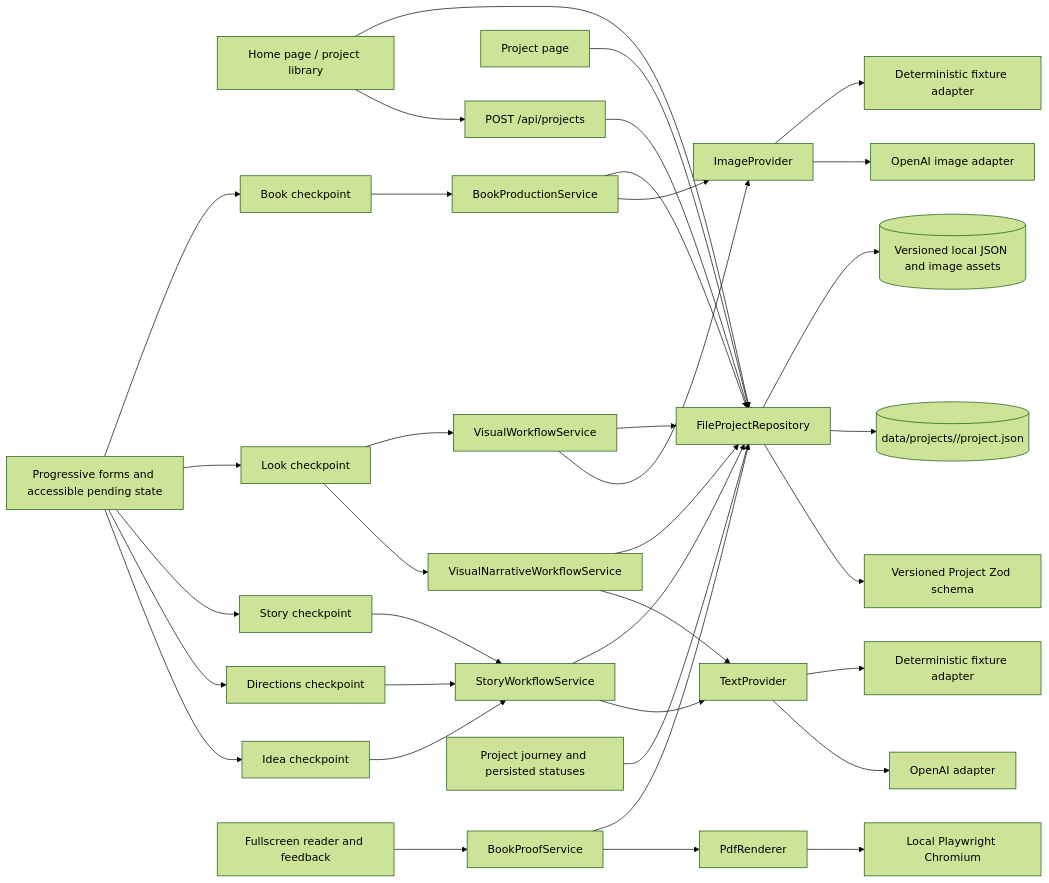
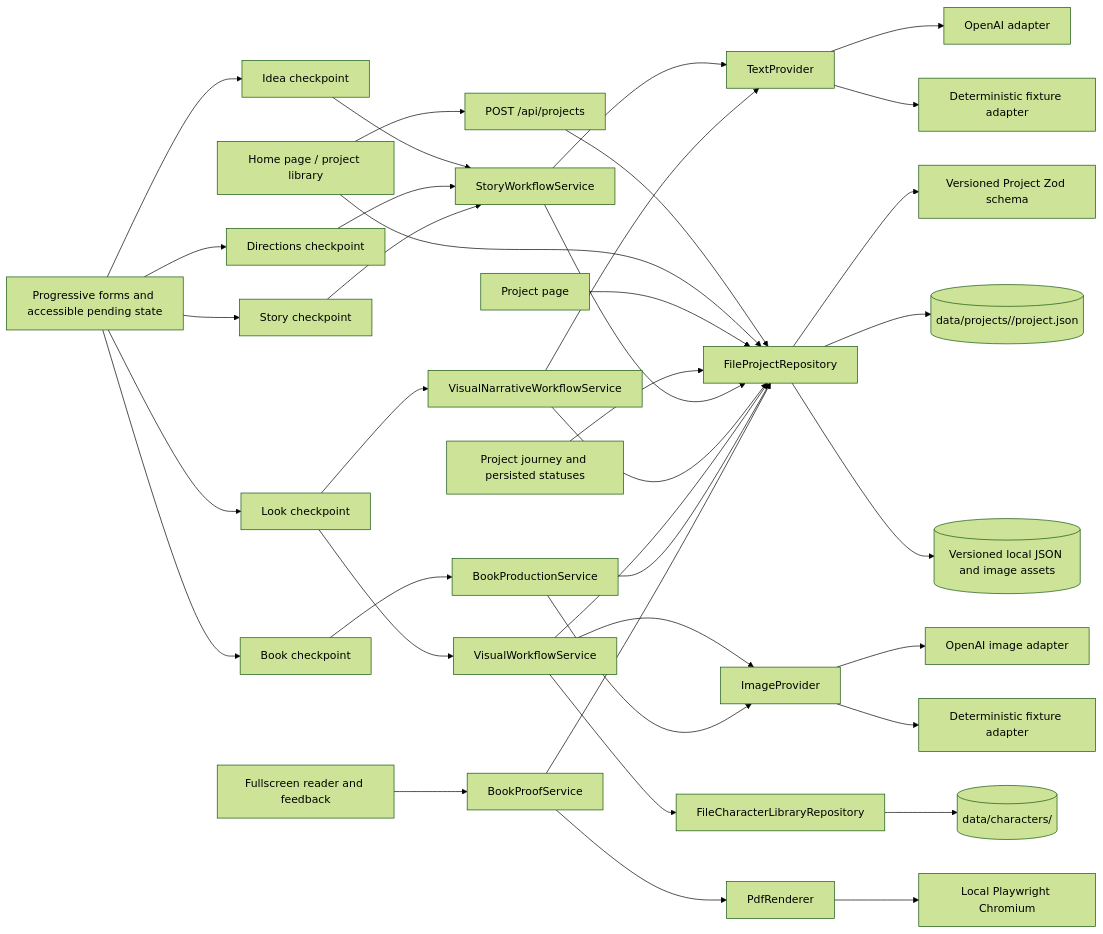
The fourth of 4 diagrams in ARCHITECTURE.md (bhadrip/kids-book-gen), drawn with Mermaid (forest theme) before and after one commit. The commit also changed other lines of this file and 21 other files, not shown here.

First line of the commit message:
Add reusable character library (#16)

````diff
--- a/ARCHITECTURE.md
+++ b/ARCHITECTURE.md
@@ -97,38 +101,40 @@
 ```mermaid
 flowchart LR
   Home[Home page / project library] --> Create[POST /api/projects]
   Create --> Repo[FileProjectRepository]
   Home --> Repo
   Project[Project page] --> Repo
   Idea[Idea checkpoint] --> Workflow[StoryWorkflowService]
   Directions[Directions checkpoint] --> Workflow
   Story[Story checkpoint] --> Workflow
   Look[Look checkpoint] --> VisualNarrative[VisualNarrativeWorkflowService]
   Look[Look checkpoint] --> VisualWorkflow[VisualWorkflowService]
   Book[Book checkpoint] --> ProductionWorkflow[BookProductionService]
   Reader[Fullscreen reader and feedback] --> ProofWorkflow[BookProofService]
   Shell[Project journey and persisted statuses] --> Repo
   Forms[Progressive forms and accessible pending state] --> Idea
   Forms --> Directions
   Forms --> Story
   Forms --> Look
   Forms --> Book
   Workflow --> Provider[TextProvider]
   Provider --> OpenAI[OpenAI adapter]
   Provider --> Fixture[Deterministic fixture adapter]
   Workflow --> Repo
   VisualNarrative --> Provider
   VisualNarrative --> Repo
   VisualWorkflow --> ImageProvider[ImageProvider]
   ImageProvider --> OpenAIImages[OpenAI image adapter]
   ImageProvider --> ImageFixture[Deterministic fixture adapter]
   VisualWorkflow --> Repo
+  VisualWorkflow --> CharacterRepo[FileCharacterLibraryRepository]
+  CharacterRepo --> CharacterFiles[(data/characters/<character-id>)]
   ProductionWorkflow --> ImageProvider
   ProductionWorkflow --> Repo
   ProofWorkflow --> PdfRenderer[PdfRenderer]
   PdfRenderer --> LocalChromium[Local Playwright Chromium]
   ProofWorkflow --> Repo
   Repo --> Schema[Versioned Project Zod schema]
   Repo --> File[(data/projects/<project-id>/project.json)]
   Repo --> Assets[(Versioned local JSON and image assets)]
 ```
````
